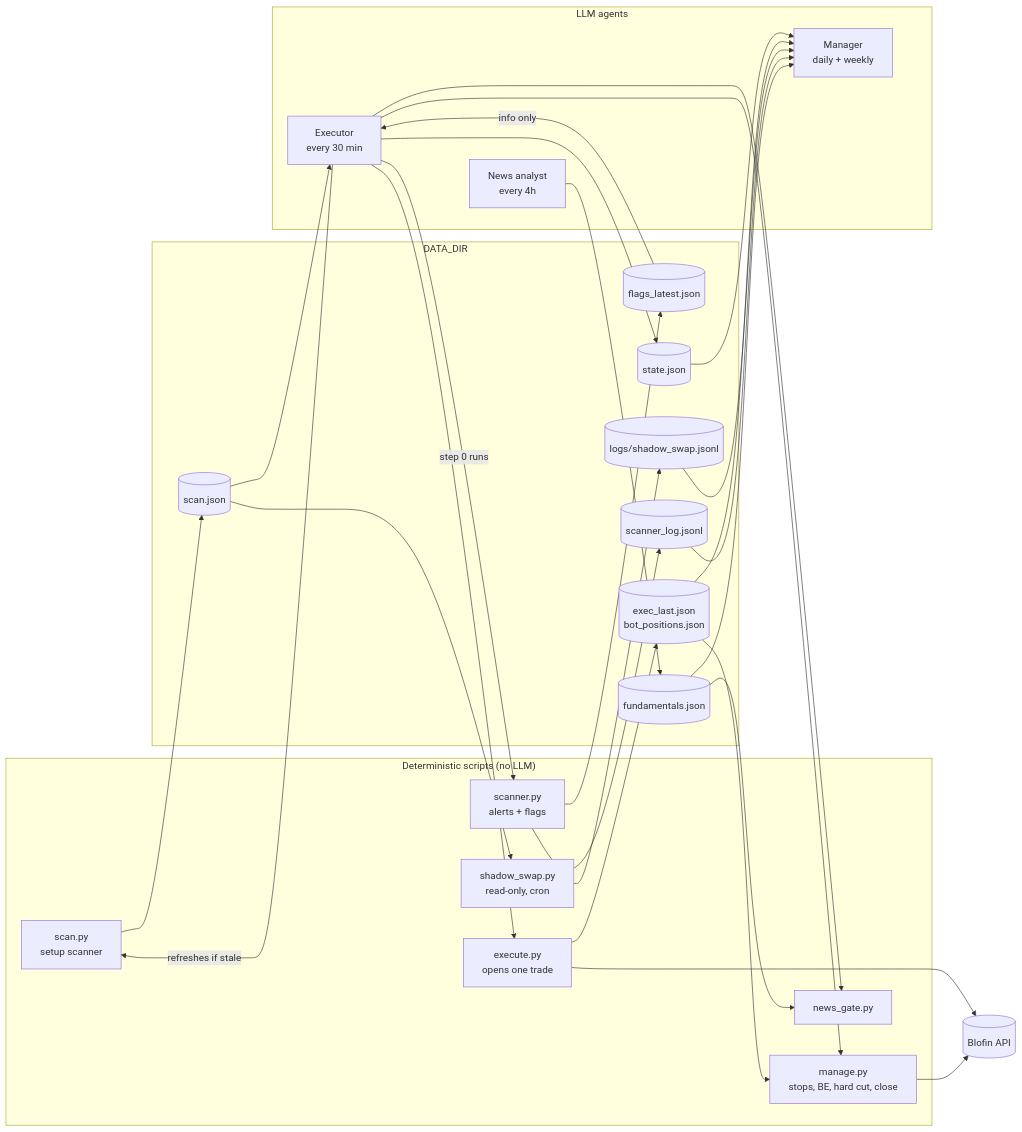
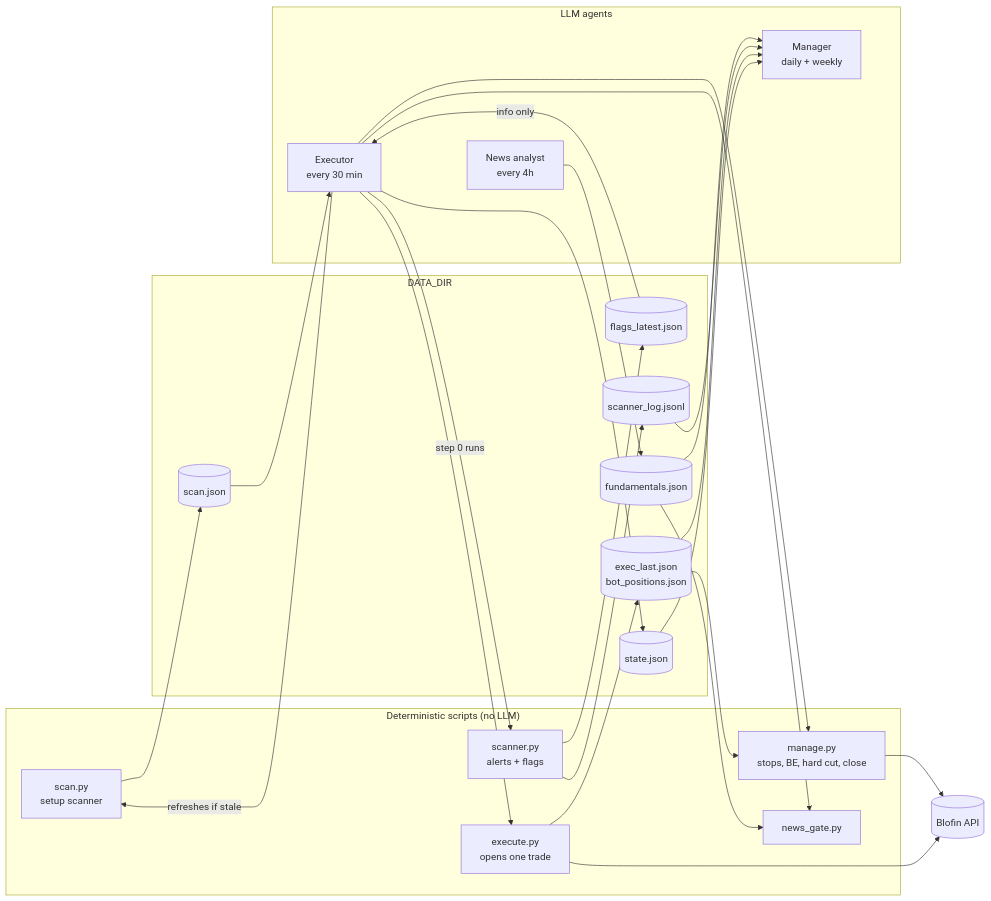
One commit to Don-GBot/perp-desk changed the diagram in docs/architecture.md. Above: the diagram before and after it, drawn with Mermaid. The commit also changed other lines of this file and 21 other files, not shown here.

Commit message:
Remove shadow research tooling (shadow_variants, shadow_swap, slowcrowd), their tests, config and docs; trading + tracking unchanged

````diff
--- a/docs/architecture.md
+++ b/docs/architecture.md
@@ -5,51 +5,46 @@
 ```mermaid
 flowchart LR
     subgraph Scripts["Deterministic scripts (no LLM)"]
         SCAN["scan.py<br/>setup scanner"]
         ALERT["scanner.py<br/>alerts + flags"]
-        SHADOW["shadow_swap.py<br/>read-only, cron"]
         EXE["execute.py<br/>opens one trade"]
         MAN["manage.py<br/>stops, BE, hard cut, close"]
         NG["news_gate.py"]
     end
     subgraph Agents["LLM agents"]
         NEWS["News analyst<br/>every 4h"]
         EXEC["Executor<br/>every 30 min"]
         MGR["Manager<br/>daily + weekly"]
     end
     subgraph Files["DATA_DIR"]
         SJ[(scan.json)]
         FL[(flags_latest.json)]
         FJ[(fundamentals.json)]
         ST[(state.json)]
         PO[(exec_last.json<br/>bot_positions.json)]
-        SL[(logs/shadow_swap.jsonl)]
         AL[(scanner_log.jsonl)]
     end
     EX[(Blofin API)]
 
     SCAN --> SJ
     ALERT --> FL
     ALERT --> AL
     NEWS --> FJ
     EXEC -- "step 0 runs" --> ALERT
     EXEC -- "refreshes if stale" --> SCAN
     SJ --> EXEC
     FL -- "info only" --> EXEC
     EXEC --> EXE
     EXEC --> MAN
     EXEC --> NG
     FJ --> NG
     EXE --> EX
     MAN --> EX
     EXE --> PO
     PO --> MAN
     EXEC --> ST
-    SJ --> SHADOW
-    SHADOW --> SL
     ST --> MGR
     PO --> MGR
-    SL --> MGR
     AL --> MGR
     FJ --> MGR
 ```
````
